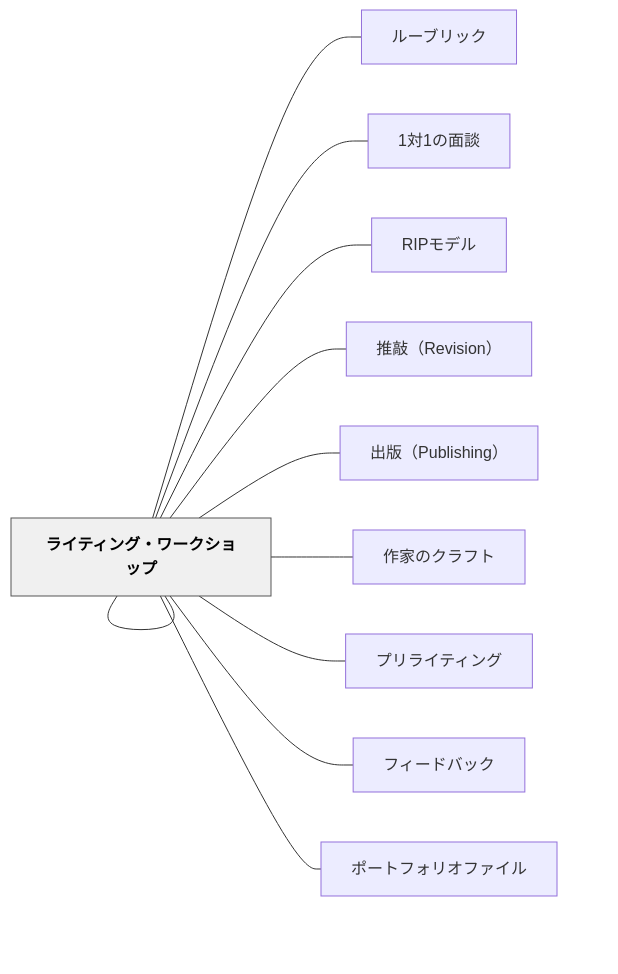
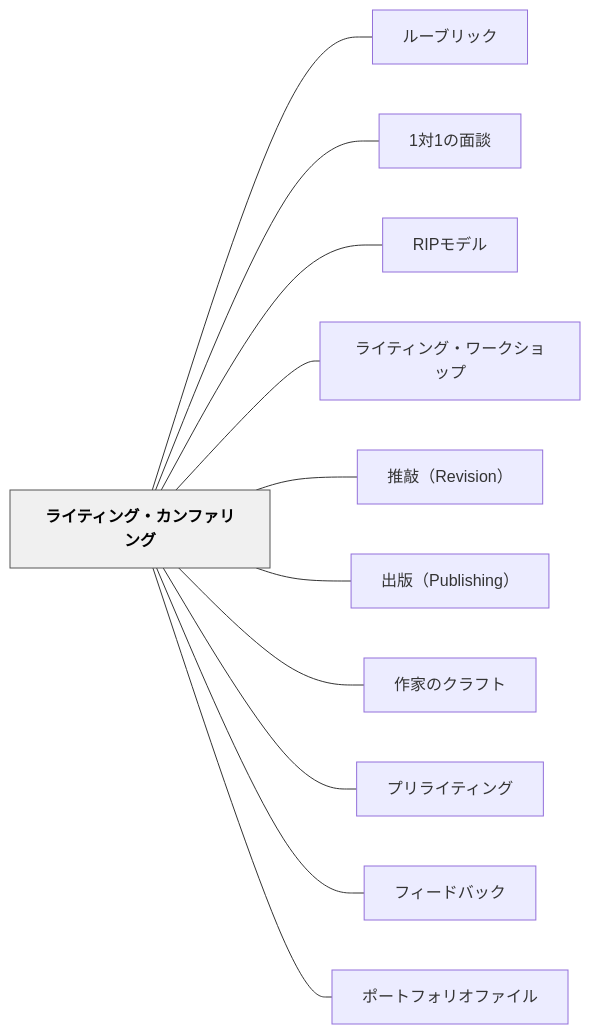
One commit to unknownthings-ed-patterns/unknownthings-ed-patterns changed the diagram in content/パタン/ライティング・カンファリング.md. Above: the diagram before and after it, drawn with Mermaid. The commit also changed 527 other files, not shown here.

````diff
--- a/content/パタン/ライティング・カンファリング.md
+++ b/content/パタン/ライティング・カンファリング.md
@@ -191,28 +191,28 @@
 ```mermaid
 flowchart LR
-    ne383a9e382a4["ライティング・カンファリング"]
-    ne383abe383bc["ルーブリック"]
-    n31e5afbe31e3["1対1の面談"]
-    n524950e383a2["RIPモデル"]
-    ne383a9e382a4["ライティング・ワークショップ"]
-    ne68ea8e695b2["推敲（Revision）"]
-    ne587bae78988["出版（Publishing）"]
-    ne4bd9ce5aeb6["作家のクラフト"]
-    ne38397e383aa["プリライティング"]
-    ne38395e382a3["フィードバック"]
-    ne3839de383bc["ポートフォリオファイル"]
+    ne383a9e382a4e38386e382a3e383b3e382b0e383bbe382abe383b3e38395e382a1e383aae383b3e382b0["ライティング・カンファリング"]
+    ne383abe383bce38396e383aae38383e382af["ルーブリック"]
+    n31e5afbe31e381aee99da2e8ab87["1対1の面談"]
+    n524950e383a2e38387e383ab["RIPモデル"]
+    ne383a9e382a4e38386e382a3e383b3e382b0e383bbe383afe383bce382afe382b7e383a7e38383e38397["ライティング・ワークショップ"]
+    ne68ea8e695b2efbc885265766973696f6eefbc89["推敲（Revision）"]
+    ne587bae78988efbc885075626c697368696e67efbc89["出版（Publishing）"]
+    ne4bd9ce5aeb6e381aee382afe383a9e38395e38388["作家のクラフト"]
+    ne38397e383aae383a9e382a4e38386e382a3e383b3e382b0["プリライティング"]
+    ne38395e382a3e383bce38389e38390e38383e382af["フィードバック"]
+    ne3839de383bce38388e38395e382a9e383aae382aae38395e382a1e382a4e383ab["ポートフォリオファイル"]
 
-    ne383a9e382a4 --- ne383abe383bc
-    ne383a9e382a4 --- n31e5afbe31e3
-    ne383a9e382a4 --- n524950e383a2
-    ne383a9e382a4 --- ne383a9e382a4
-    ne383a9e382a4 --- ne68ea8e695b2
-    ne383a9e382a4 --- ne587bae78988
-    ne383a9e382a4 --- ne4bd9ce5aeb6
-    ne383a9e382a4 --- ne38397e383aa
-    ne383a9e382a4 --- ne38395e382a3
-    ne383a9e382a4 --- ne3839de383bc
+    ne383a9e382a4e38386e382a3e383b3e382b0e383bbe382abe383b3e38395e382a1e383aae383b3e382b0 --- ne383abe383bce38396e383aae38383e382af
+    ne383a9e382a4e38386e382a3e383b3e382b0e383bbe382abe383b3e38395e382a1e383aae383b3e382b0 --- n31e5afbe31e381aee99da2e8ab87
+    ne383a9e382a4e38386e382a3e383b3e382b0e383bbe382abe383b3e38395e382a1e383aae383b3e382b0 --- n524950e383a2e38387e383ab
+    ne383a9e382a4e38386e382a3e383b3e382b0e383bbe382abe383b3e38395e382a1e383aae383b3e382b0 --- ne383a9e382a4e38386e382a3e383b3e382b0e383bbe383afe383bce382afe382b7e383a7e38383e38397
+    ne383a9e382a4e38386e382a3e383b3e382b0e383bbe382abe383b3e38395e382a1e383aae383b3e382b0 --- ne68ea8e695b2efbc885265766973696f6eefbc89
+    ne383a9e382a4e38386e382a3e383b3e382b0e383bbe382abe383b3e38395e382a1e383aae383b3e382b0 --- ne587bae78988efbc885075626c697368696e67efbc89
+    ne383a9e382a4e38386e382a3e383b3e382b0e383bbe382abe383b3e38395e382a1e383aae383b3e382b0 --- ne4bd9ce5aeb6e381aee382afe383a9e38395e38388
+    ne383a9e382a4e38386e382a3e383b3e382b0e383bbe382abe383b3e38395e382a1e383aae383b3e382b0 --- ne38397e383aae383a9e382a4e38386e382a3e383b3e382b0
+    ne383a9e382a4e38386e382a3e383b3e382b0e383bbe382abe383b3e38395e382a1e383aae383b3e382b0 --- ne38395e382a3e383bce38389e38390e38383e382af
+    ne383a9e382a4e38386e382a3e383b3e382b0e383bbe382abe383b3e38395e382a1e383aae383b3e382b0 --- ne3839de383bce38388e38395e382a9e383aae382aae38395e382a1e382a4e383ab
 
     classDef hub fill:#f0f0f0,stroke:#555,color:#000,font-weight:bold
-    class ne383a9e382a4 hub
+    class ne383a9e382a4e38386e382a3e383b3e382b0e383bbe382abe383b3e38395e382a1e383aae383b3e382b0 hub
 ```
````
